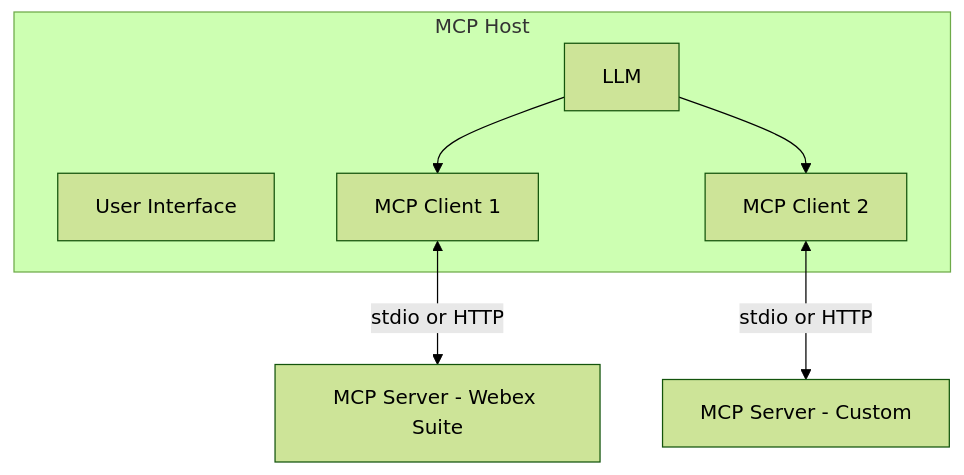
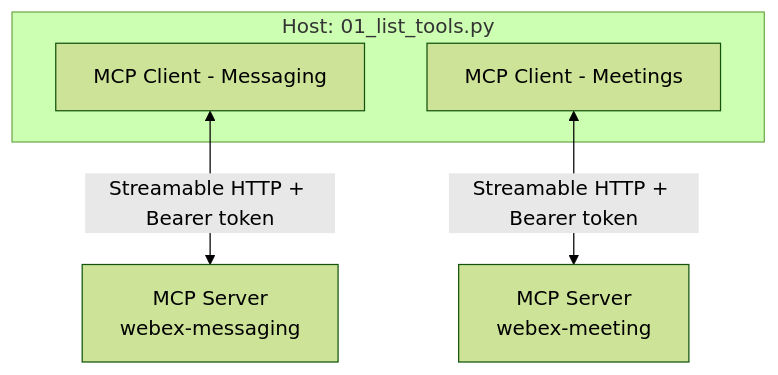
Before and after one commit to WebexCC-SA/LAB-31123: the second of 2 diagrams in docs/lab4_mcp.md, drawn with Mermaid (forest theme). The commit also changed other lines of this file, not shown here.

````diff
--- a/docs/lab4_mcp.md
+++ b/docs/lab4_mcp.md
@@ -28,15 +28,11 @@
 ```mermaid
 flowchart TB
-    subgraph Host[MCP Host]
-        UI[User Interface]
-        LLM[LLM]
-        C1[MCP Client 1]
-        C2[MCP Client 2]
+    subgraph Host["Host: 01_list_tools.py"]
+        C1[MCP Client - Messaging]
+        C2[MCP Client - Meetings]
     end
-    S1[MCP Server - Webex Suite]
-    S2[MCP Server - Custom]
-    C1 <-->|stdio or HTTP| S1
-    C2 <-->|stdio or HTTP| S2
-    LLM --> C1
-    LLM --> C2
+    S1["MCP Server\nwebex-messaging"]
+    S2["MCP Server\nwebex-meeting"]
+    C1 <-->|Streamable HTTP + Bearer token| S1
+    C2 <-->|Streamable HTTP + Bearer token| S2
 ```
````
